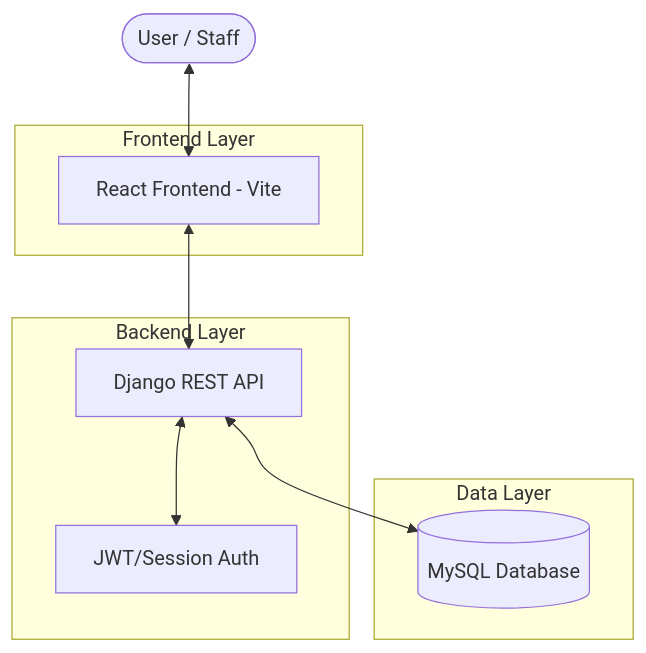
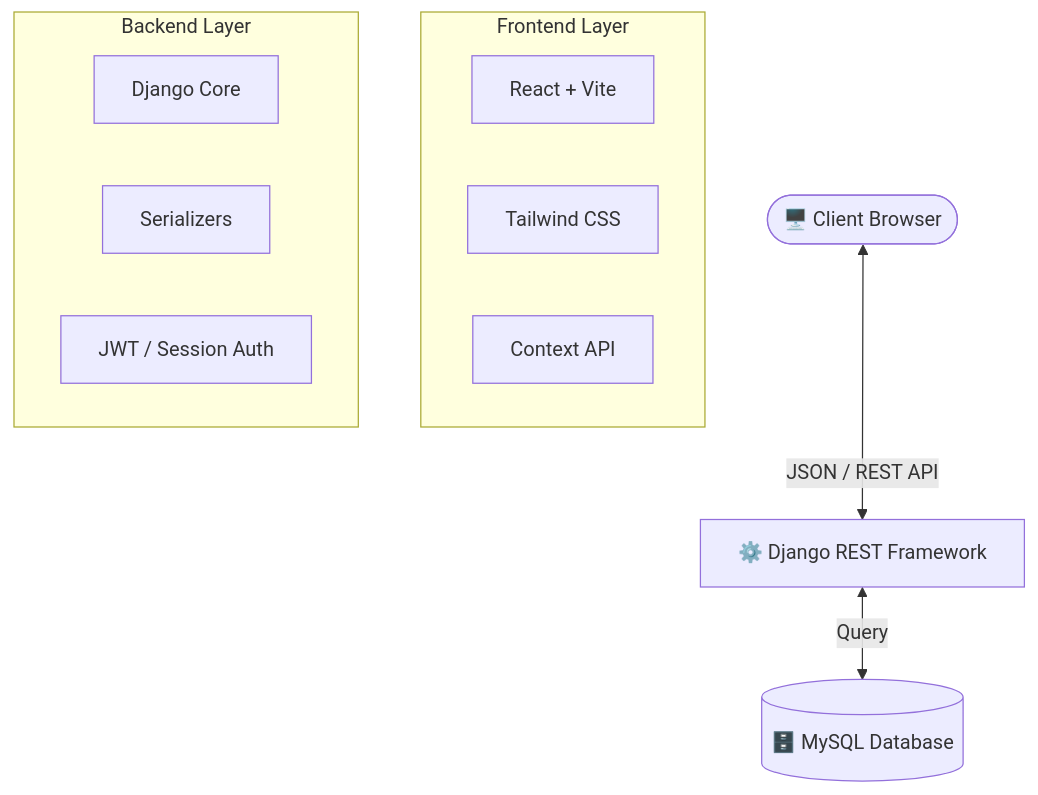
Before and after one commit to Sivatheevan1224/Garage_Management_System: the diagram in README.md, drawn with Mermaid. The commit also changed other lines of this file, not shown here.

Commit message:
docs: Overhaul README to include comprehensive feature descriptions, a technical architecture diagram, a detailed tech stack, and a refined installation guide.

````diff
--- a/README.md
+++ b/README.md
@@ -85,20 +59,17 @@
 ```mermaid
 graph TD
-    User([User / Staff]) <--> Frontend[React Frontend - Vite]
-    Frontend <--> API[Django REST API]
-    API <--> DB[(MySQL Database)]
-    API <--> Auth[JWT/Session Auth]
+    User([🖥️ Client Browser]) <-->|JSON / REST API| API[⚙️ Django REST Framework]
+    API <-->|Query| DB[(🗄️ MySQL Database)]
     
     subgraph "Frontend Layer"
-        Frontend
+        React[React + Vite]
+        Tailwind[Tailwind CSS]
+        State[Context API]
     end
-    
+
     subgraph "Backend Layer"
-        API
-        Auth
-    end
-    
-    subgraph "Data Layer"
-        DB
+        Django[Django Core]
+        Serializer[Serializers]
+        Auth[JWT / Session Auth]
     end
 ```
````
